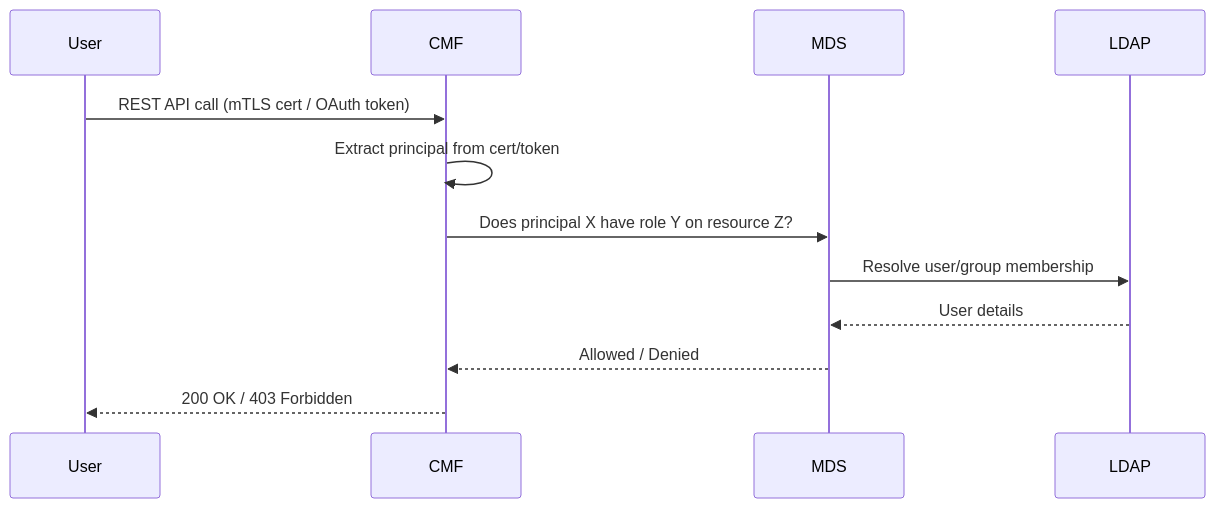
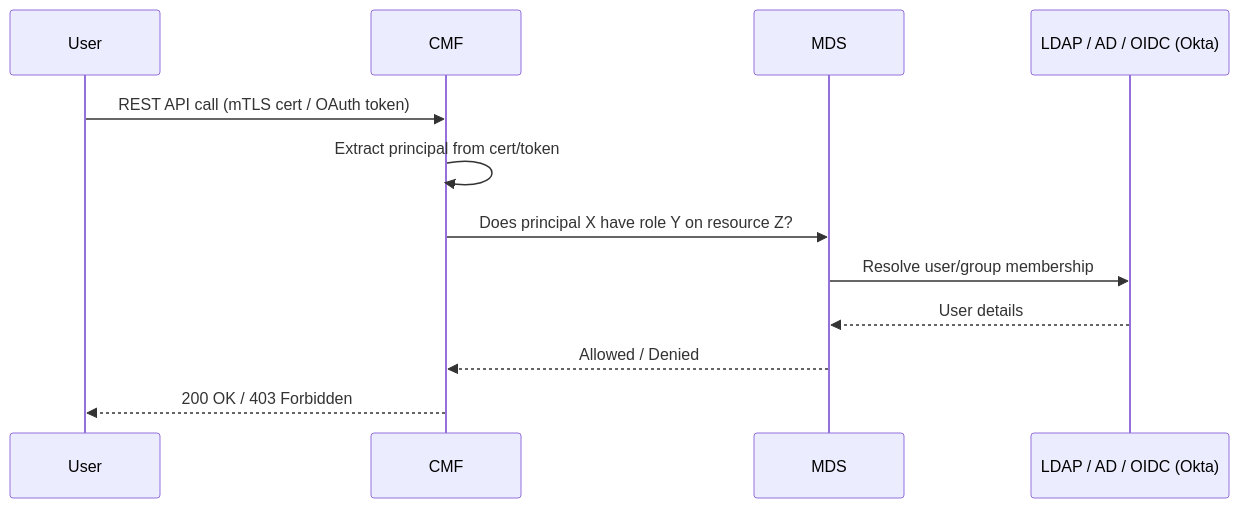
One commit to aadmassu/flink-on-k8s-with-cp changed the second of 6 diagrams in docs/SECURITY.md. Above: the diagram before and after it, drawn with Mermaid. The commit also changed other lines of this file, not shown here.

Commit message:
Add OIDC (Okta) alongside LDAP/AD throughout security doc

````diff
--- a/docs/SECURITY.md
+++ b/docs/SECURITY.md
@@ -126,15 +126,15 @@
 ```mermaid
 sequenceDiagram
     participant User
     participant CMF
     participant MDS
-    participant LDAP
+    participant IAM as LDAP / AD / OIDC (Okta)
 
     User->>CMF: REST API call (mTLS cert / OAuth token)
     CMF->>CMF: Extract principal from cert/token
     CMF->>MDS: Does principal X have role Y on resource Z?
-    MDS->>LDAP: Resolve user/group membership
-    LDAP-->>MDS: User details
+    MDS->>IAM: Resolve user/group membership
+    IAM-->>MDS: User details
     MDS-->>CMF: Allowed / Denied
     CMF-->>User: 200 OK / 403 Forbidden
 ```
````
